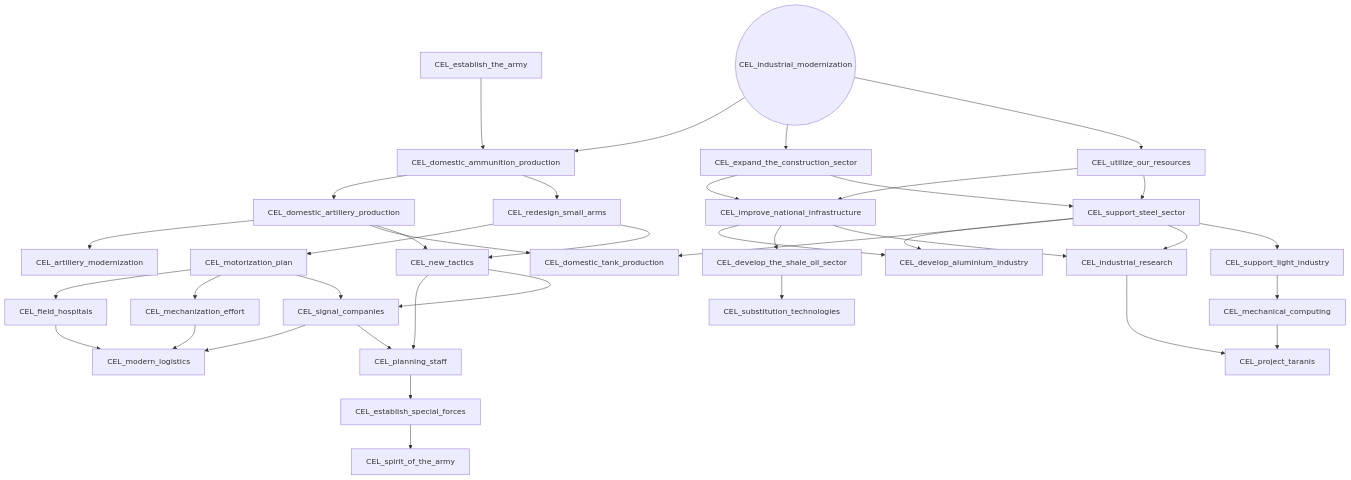
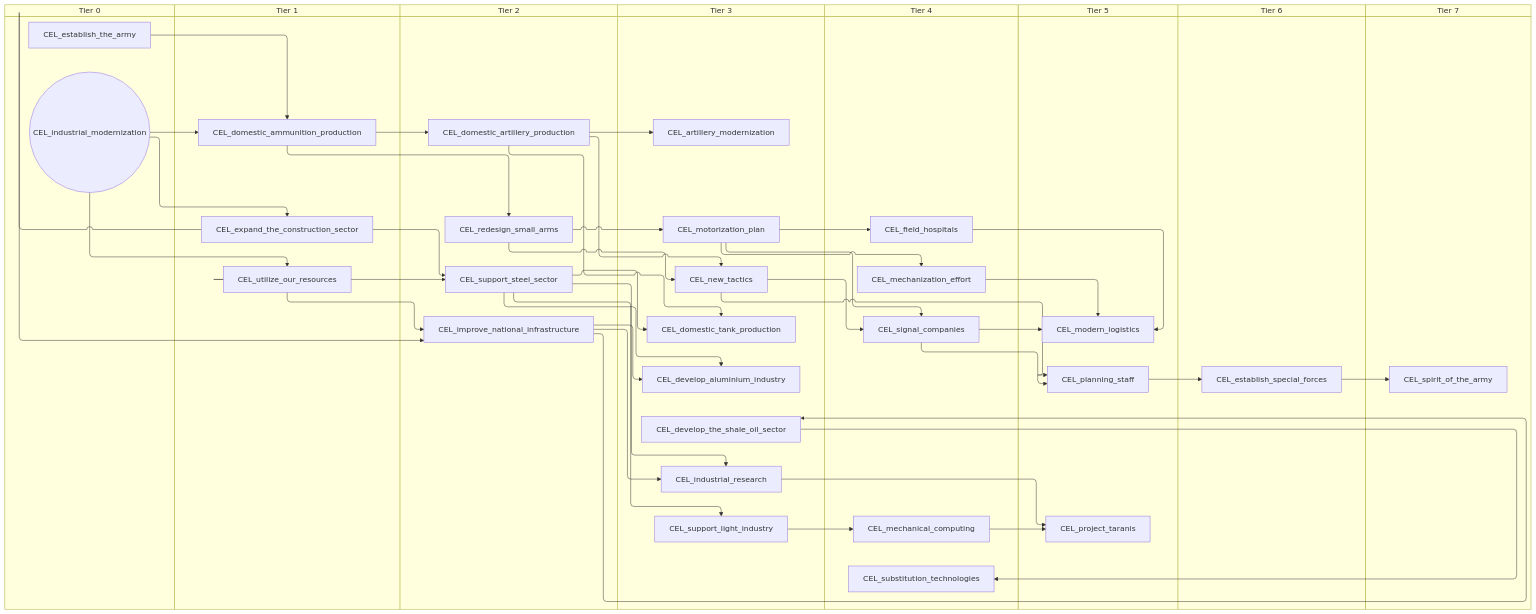
The fourth of 5 diagrams in docs/gdd/National Focuses/r56/r56_celtic_shared.md (evgeny-sobol/hoi4-sandbox-mode-r56), drawn with Mermaid before and after one commit. The commit also changed other lines of this file and 423 other files, not shown here.

First line of the commit message:
Re-export Rt56 focus trees as swimlane diagrams

````diff
--- a/docs/gdd/National Focuses/r56/r56_celtic_shared.md
+++ b/docs/gdd/National Focuses/r56/r56_celtic_shared.md
@@ -118,67 +156,83 @@
 ```mermaid
-flowchart TD
-    n28["CEL_artillery_modernization"]
-    n45["CEL_develop_aluminium_industry"]
-    n46["CEL_develop_the_shale_oil_sector"]
-    n29["CEL_domestic_ammunition_production"]
-    n30["CEL_domestic_artillery_production"]
-    n31["CEL_domestic_tank_production"]
-    n32["CEL_establish_special_forces"]
-    n33["CEL_establish_the_army"]
-    n47["CEL_expand_the_construction_sector"]
-    n34["CEL_field_hospitals"]
-    n48["CEL_improve_national_infrastructure"]
-    n35(("CEL_industrial_modernization"))
-    n49["CEL_industrial_research"]
-    n50["CEL_mechanical_computing"]
-    n36["CEL_mechanization_effort"]
-    n37["CEL_modern_logistics"]
-    n38["CEL_motorization_plan"]
-    n39["CEL_new_tactics"]
-    n40["CEL_planning_staff"]
-    n51["CEL_project_taranis"]
-    n41["CEL_redesign_small_arms"]
-    n42["CEL_signal_companies"]
-    n43["CEL_spirit_of_the_army"]
-    n52["CEL_substitution_technologies"]
-    n53["CEL_support_light_industry"]
-    n44["CEL_support_steel_sector"]
-    n54["CEL_utilize_our_resources"]
-    n30 --> n28
-    n44 --> n45
-    n48 --> n45
-    n48 --> n46
-    n35 --> n29
-    n33 --> n29
-    n29 --> n30
-    n30 --> n31
-    n44 --> n31
-    n40 --> n32
-    n35 --> n47
-    n38 --> n34
-    n54 --> n48
+swimlane-beta TD
+    subgraph tier_0["Tier 0"]
+        n28["CEL_establish_the_army"]
+        n29(("CEL_industrial_modernization"))
+    end
+    subgraph tier_1["Tier 1"]
+        n31["CEL_domestic_ammunition_production"]
+        n45["CEL_expand_the_construction_sector"]
+        n46["CEL_utilize_our_resources"]
+    end
+    subgraph tier_2["Tier 2"]
+        n32["CEL_domestic_artillery_production"]
+        n47["CEL_improve_national_infrastructure"]
+        n33["CEL_redesign_small_arms"]
+        n30["CEL_support_steel_sector"]
+    end
+    subgraph tier_3["Tier 3"]
+        n34["CEL_artillery_modernization"]
+        n48["CEL_develop_aluminium_industry"]
+        n49["CEL_develop_the_shale_oil_sector"]
+        n35["CEL_domestic_tank_production"]
+        n50["CEL_industrial_research"]
+        n36["CEL_motorization_plan"]
+        n37["CEL_new_tactics"]
+        n51["CEL_support_light_industry"]
+    end
+    subgraph tier_4["Tier 4"]
+        n38["CEL_field_hospitals"]
+        n52["CEL_mechanical_computing"]
+        n39["CEL_mechanization_effort"]
+        n40["CEL_signal_companies"]
+        n53["CEL_substitution_technologies"]
+    end
+    subgraph tier_5["Tier 5"]
+        n41["CEL_modern_logistics"]
+        n42["CEL_planning_staff"]
+        n54["CEL_project_taranis"]
+    end
+    subgraph tier_6["Tier 6"]
+        n43["CEL_establish_special_forces"]
+    end
+    subgraph tier_7["Tier 7"]
+        n44["CEL_spirit_of_the_army"]
+    end
+    n32 --> n34
+    n30 --> n48
     n47 --> n48
-    n48 --> n49
-    n44 --> n49
-    n53 --> n50
-    n38 --> n36
-    n34 --> n37
-    n36 --> n37
-    n42 --> n37
-    n41 --> n38
-    n30 --> n39
-    n41 --> n39
-    n39 --> n40
-    n42 --> n40
-    n50 --> n51
-    n49 --> n51
-    n29 --> n41
-    n38 --> n42
-    n39 --> n42
-    n32 --> n43
-    n46 --> n52
-    n44 --> n53
-    n54 --> n44
-    n47 --> n44
-    n35 --> n54
+    n47 --> n49
+    n29 --> n31
+    n28 --> n31
+    n31 --> n32
+    n32 --> n35
+    n30 --> n35
+    n42 --> n43
+    n29 --> n45
+    n36 --> n38
+    n46 --> n47
+    n45 --> n47
+    n47 --> n50
+    n30 --> n50
+    n51 --> n52
+    n36 --> n39
+    n38 --> n41
+    n39 --> n41
+    n40 --> n41
+    n33 --> n36
+    n32 --> n37
+    n33 --> n37
+    n37 --> n42
+    n40 --> n42
+    n52 --> n54
+    n50 --> n54
+    n31 --> n33
+    n36 --> n40
+    n37 --> n40
+    n43 --> n44
+    n49 --> n53
+    n30 --> n51
+    n46 --> n30
+    n45 --> n30
+    n29 --> n46
 ```
````
